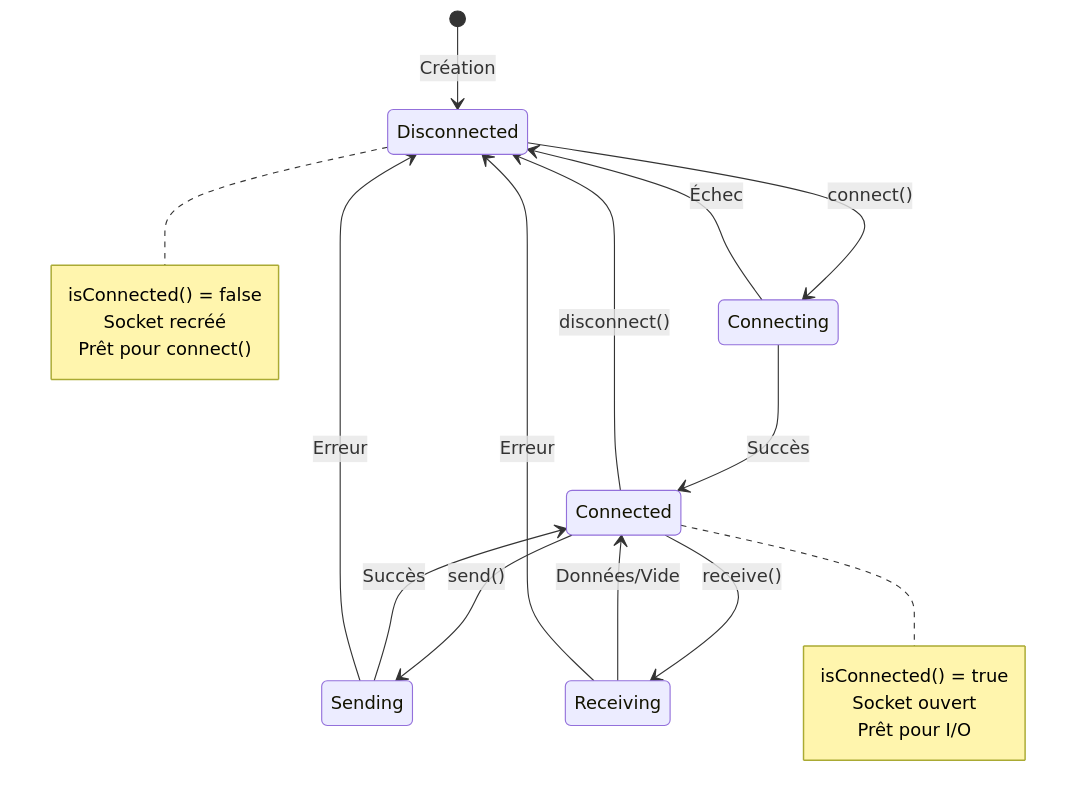
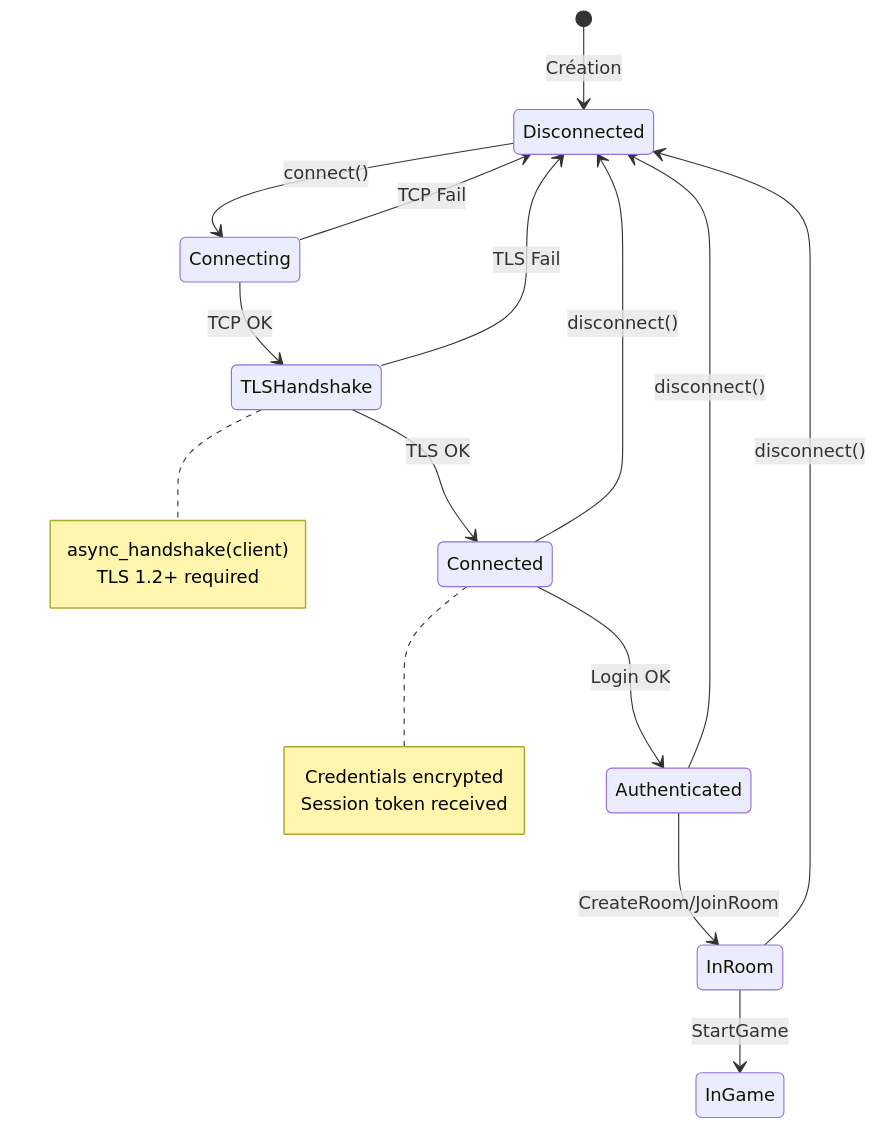
The third of 3 diagrams in docs/client/network/tcp-client.md (ChrisG-L/rtype), drawn with Mermaid before and after one commit. The commit also changed other lines of this file and 38 other files, not shown here.

First line of the commit message:
feat: Implémentation TLS 1.2 + CSPRNG pour authentification sécurisée

````diff
--- a/docs/client/network/tcp-client.md
+++ b/docs/client/network/tcp-client.md
@@ -415,30 +320,28 @@
 ```mermaid
 stateDiagram-v2
     [*] --> Disconnected : Création
 
     Disconnected --> Connecting : connect()
-    Connecting --> Connected : Succès
-    Connecting --> Disconnected : Échec
+    Connecting --> TLSHandshake : TCP OK
+    TLSHandshake --> Connected : TLS OK
+    TLSHandshake --> Disconnected : TLS Fail
+    Connecting --> Disconnected : TCP Fail
 
-    Connected --> Sending : send()
-    Sending --> Connected : Succès
-    Sending --> Disconnected : Erreur
-
-    Connected --> Receiving : receive()
-    Receiving --> Connected : Données/Vide
-    Receiving --> Disconnected : Erreur
+    Connected --> Authenticated : Login OK
+    Authenticated --> InRoom : CreateRoom/JoinRoom
+    InRoom --> InGame : StartGame
 
     Connected --> Disconnected : disconnect()
+    Authenticated --> Disconnected : disconnect()
+    InRoom --> Disconnected : disconnect()
+
+    note right of TLSHandshake
+        async_handshake(client)
+        TLS 1.2+ required
+    end note
 
     note right of Connected
-        isConnected() = true
-        Socket ouvert
-        Prêt pour I/O
-    end note
-
-    note right of Disconnected
-        isConnected() = false
-        Socket recréé
-        Prêt pour connect()
+        Credentials encrypted
+        Session token received
     end note
 ```
````
